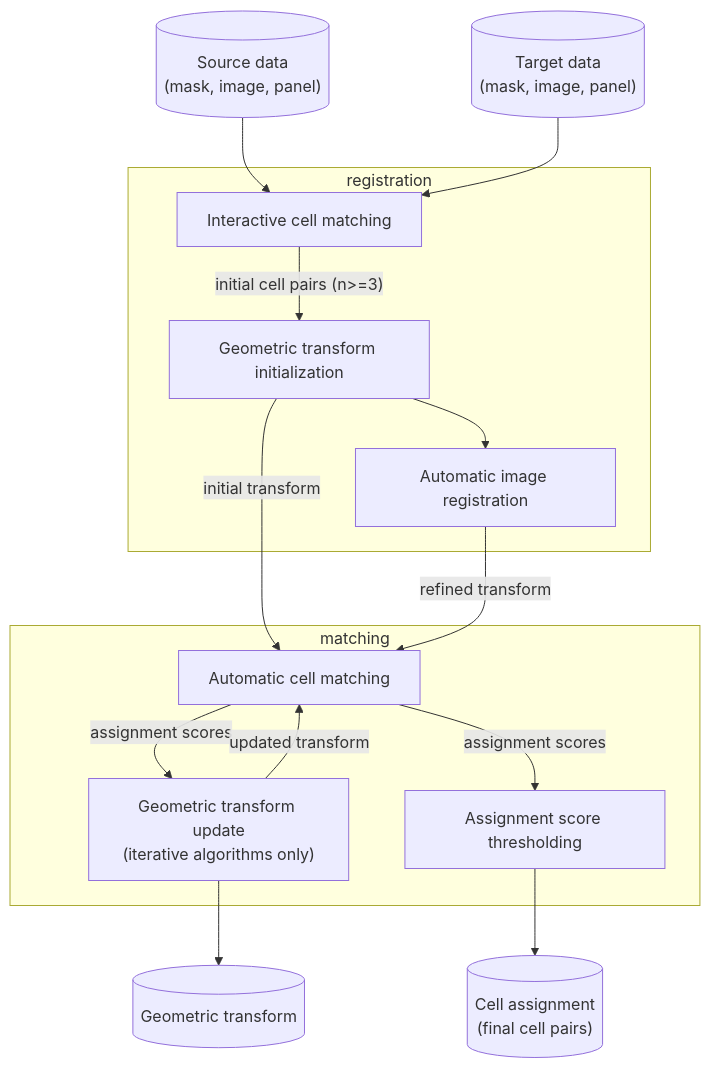
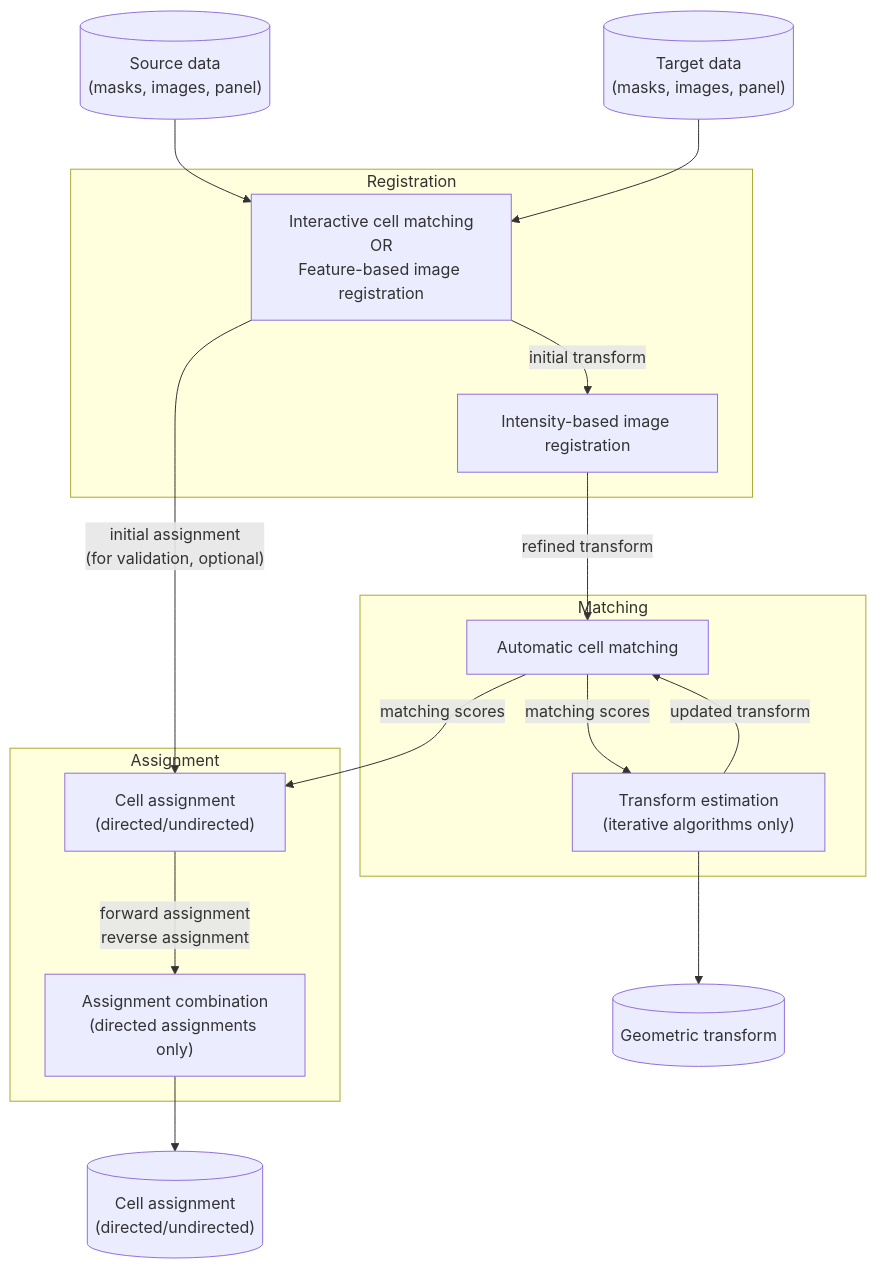
The diagram in docs/usage/index.md (BodenmillerGroup/spellmatch), drawn with Mermaid before and after one commit. The commit also changed other lines of this file and 19 other files, not shown here.

````diff
--- a/docs/usage/index.md
+++ b/docs/usage/index.md
@@ -11,32 +15,35 @@
 ```mermaid
 flowchart TB
+    source_data[("Source data<br>(masks, images, panel)")] --> initial_registration
+    target_data[("Target data<br>(masks, images, panel)")] --> initial_registration
 
-    source_data[("Source data<br>(mask, image, panel)")] --> interactive_matching
-    target_data[("Target data<br>(mask, image, panel)")] --> interactive_matching
+    subgraph Registration
+        initial_registration["Interactive cell matching<br>OR<br>Feature-based image registration"]
+        refined_registration[Intensity-based image registration]
 
-    subgraph registration
-        interactive_matching[Interactive cell matching]
-        transform_initialization[Geometric transform initialization]
-        image_registration[Automatic image registration]
-
-        interactive_matching -->|"initial cell pairs (n>=3)"| transform_initialization
-        transform_initialization --> image_registration
+        initial_registration -->|"initial transform"| refined_registration
     end
 
-    transform_initialization -->|initial transform| automatic_matching
-    image_registration -->|refined transform| automatic_matching
+    initial_registration -->|"initial assignment<br>(for validation, optional)"| assignment
+    refined_registration -->|refined transform| matching
 
-    subgraph matching
-        automatic_matching[Automatic cell matching]
-        transform_update["Geometric transform update<br>(iterative algorithms only)"]
-        score_thresholding[Assignment score thresholding]
+    subgraph Matching
+        matching[Automatic cell matching]
+        transform_update["Transform estimation<br>(iterative algorithms only)"]        
 
-        automatic_matching -->|assignment scores| transform_update
-        transform_update -->|updated transform| automatic_matching
-        automatic_matching -->|assignment scores| score_thresholding
+        matching -->|matching scores| transform_update
+        transform_update -->|updated transform| matching
     end
 
-    score_thresholding --> cell_pairs[("Cell assignment<br>(final cell pairs)")]
+    matching -->|matching scores| assignment
+
+    subgraph Assignment
+        assignment["Cell assignment<br>(directed/undirected)"]
+        combination["Assignment combination<br>(directed assignments only)"]
+
+        assignment -->|"forward assignment<br>reverse assignment"| combination
+    end
+    
+    combination --> cell_pairs[("Cell assignment<br>(directed/undirected)")]
     transform_update --> transform[(Geometric transform)]
-
 ```
````
